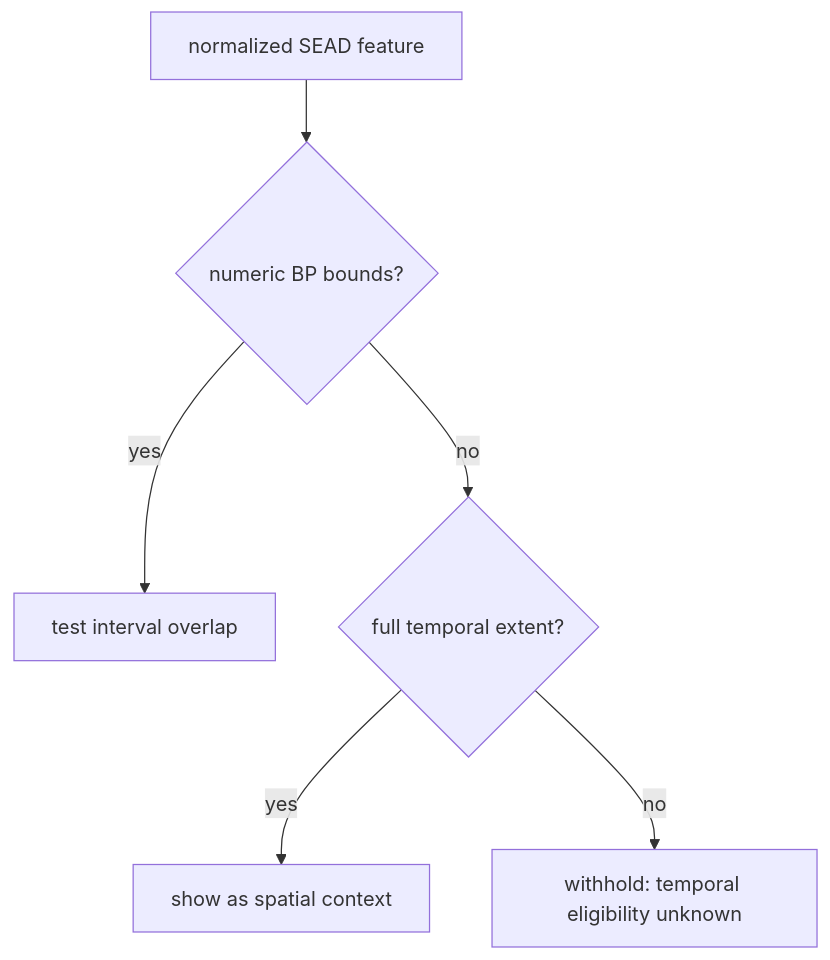
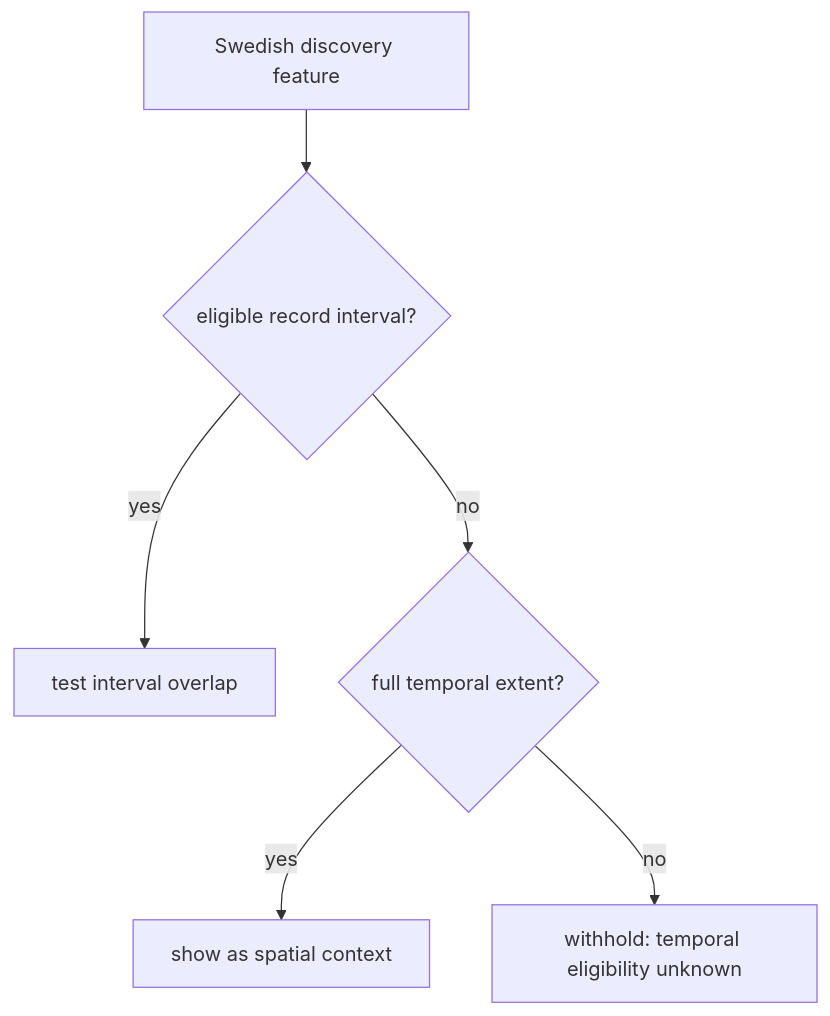
One commit to bijux/bijux-pollenomics changed the second of 2 diagrams in docs/public/pollenomics-data/publications/sead-exports.md. Above: the diagram before and after it, drawn with Mermaid. The commit also changed other lines of this file and 5 other files, not shown here.

````diff
--- a/docs/public/pollenomics-data/publications/sead-exports.md
+++ b/docs/public/pollenomics-data/publications/sead-exports.md
@@ -120,8 +123,8 @@
 ```mermaid
 flowchart TD
-    Feature["normalized SEAD feature"] --> Bounds{"numeric BP bounds?"}
+    Feature["Swedish discovery feature"] --> Bounds{"eligible record interval?"}
     Bounds -->|yes| Overlap["test interval overlap"]
     Bounds -->|no| Full{"full temporal extent?"}
     Full -->|yes| Context["show as spatial context"]
     Full -->|no| Withhold["withhold: temporal eligibility unknown"]
 ```
````
